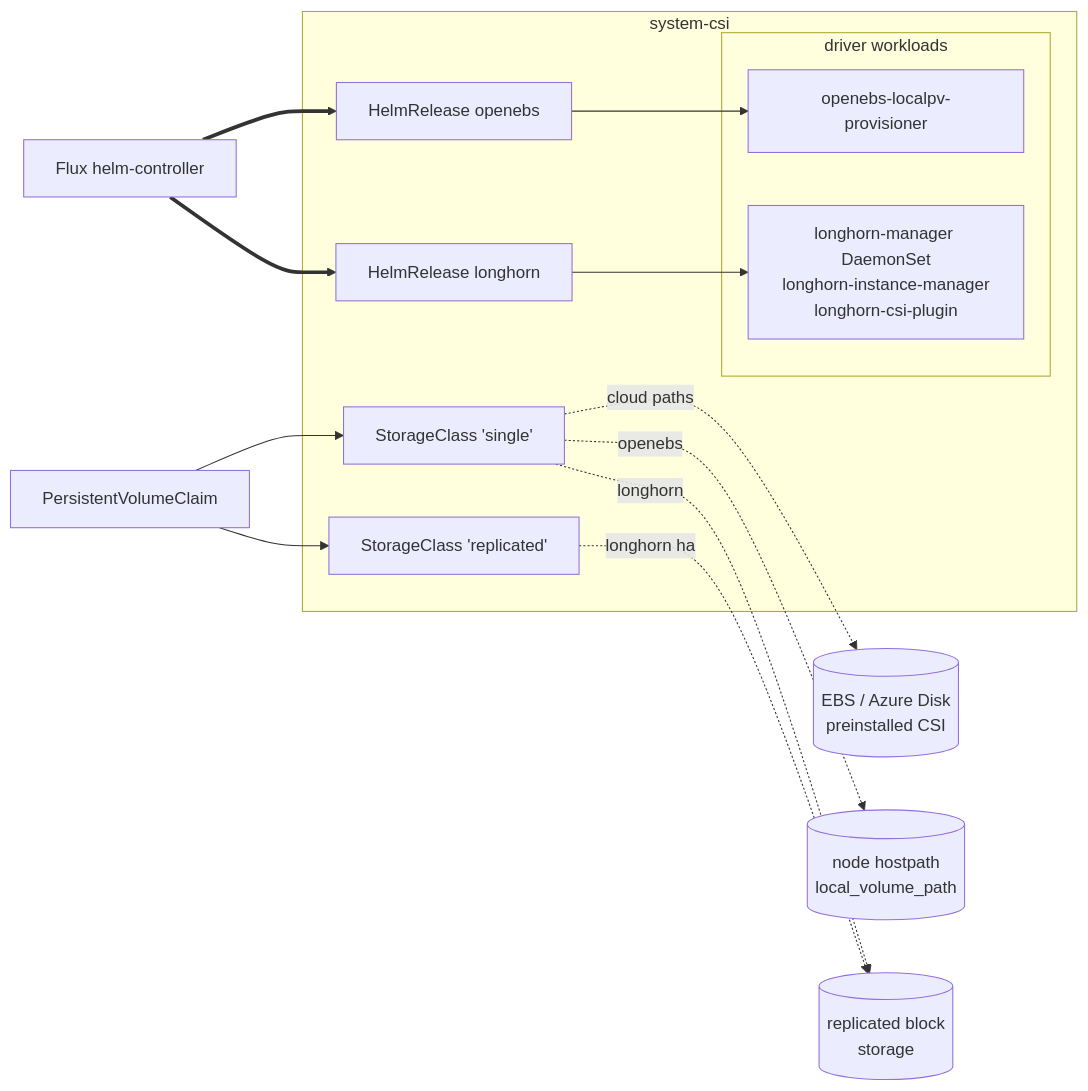
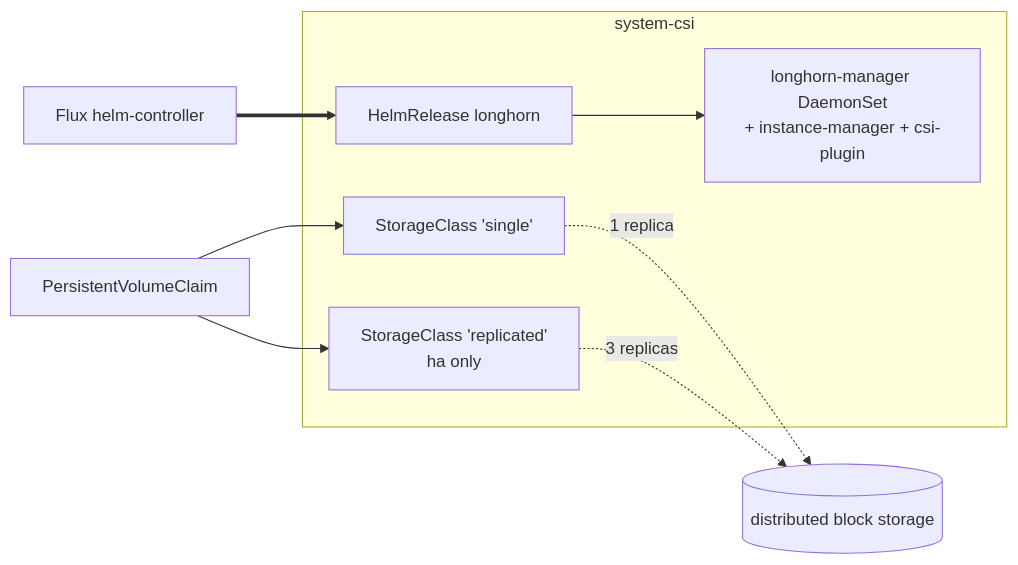
Before and after one commit to windsorcli/core: the fourth of 4 diagrams in kustomize/csi/README.md, drawn with Mermaid. The commit also changed other lines of this file and 5 other files, not shown here.

Commit message:
feat(docs): update architecture and recipes sections across multiple add-ons for clarity and consistency

````diff
--- a/kustomize/csi/README.md
+++ b/kustomize/csi/README.md
@@ -31,27 +118,17 @@
 ```mermaid
 flowchart LR
   flux[Flux helm-controller]
 
   subgraph systemcsi[system-csi]
-    hr_openebs[HelmRelease openebs]
-    hr_longhorn[HelmRelease longhorn]
+    hr[HelmRelease longhorn]
+    mgr[longhorn-manager DaemonSet<br/>+ instance-manager + csi-plugin]
     sc_single[StorageClass 'single']
-    sc_replicated[StorageClass 'replicated']
-
-    subgraph workloads[driver workloads]
-      openebs_pods[openebs-localpv-provisioner]
-      longhorn_pods[longhorn-manager DaemonSet<br/>longhorn-instance-manager<br/>longhorn-csi-plugin]
-    end
+    sc_repl[StorageClass 'replicated'<br/>ha only]
   end
 
   pvc[PersistentVolumeClaim] --> sc_single
-  pvc --> sc_replicated
-  flux ==> hr_openebs
-  flux ==> hr_longhorn
-  hr_openebs --> openebs_pods
-  hr_longhorn --> longhorn_pods
-  sc_single -.cloud paths.-> aws[(EBS / Azure Disk<br/>preinstalled CSI)]
-  sc_single -.openebs.-> hostpath[(node hostpath<br/>local_volume_path)]
-  sc_single -.longhorn.-> longhorndist[(replicated block<br/>storage)]
-  sc_replicated -.longhorn ha.-> longhorndist
+  pvc --> sc_repl
+  flux ==> hr --> mgr
+  sc_single -.1 replica.-> dist[(distributed block storage)]
+  sc_repl -.3 replicas.-> dist
 ```
````
